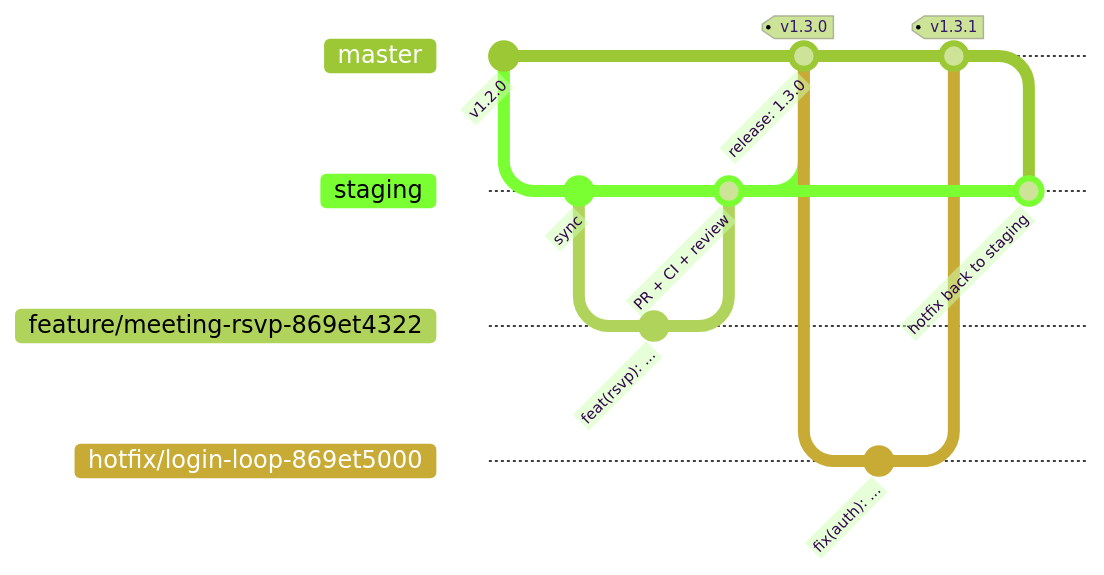
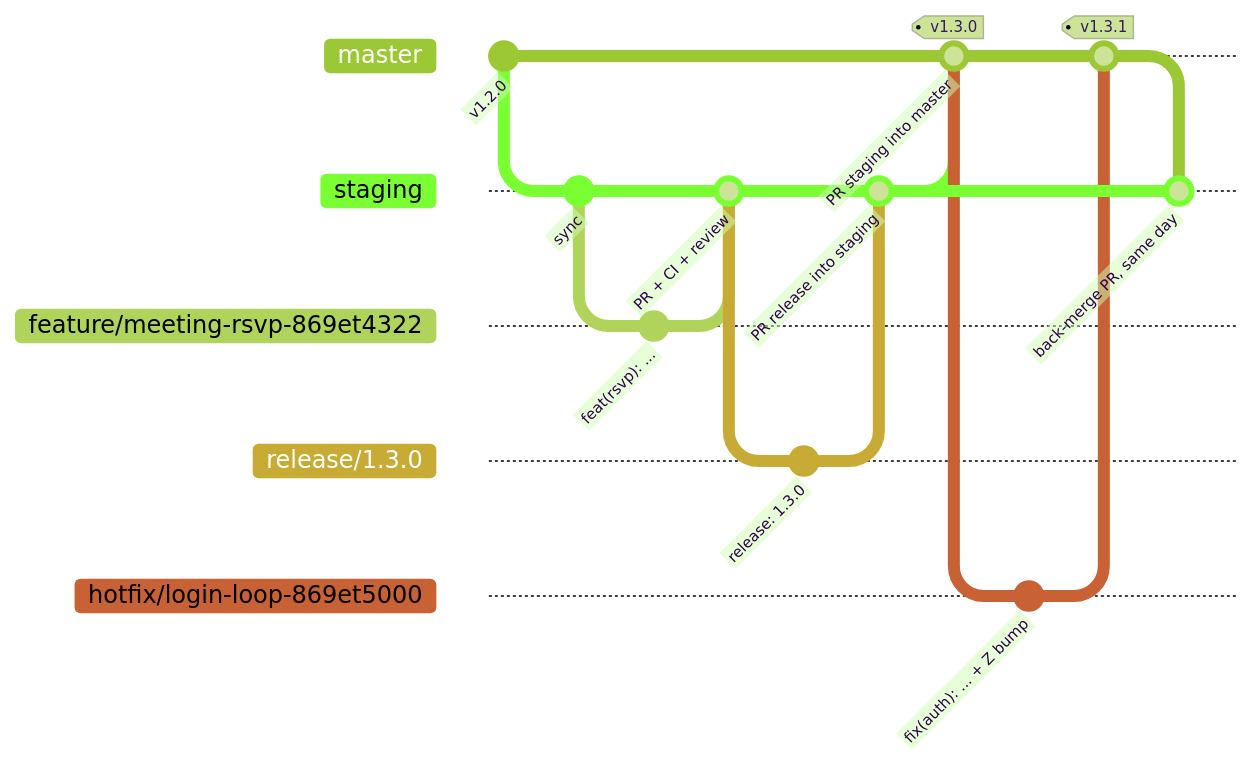
One commit to Improve-To-Grow/MUSUBI changed the first of 2 diagrams in src/templates/shared/steering/rules/itg/git-and-code-quality.md. Above: the diagram before and after it, drawn with Mermaid (forest theme). The commit also changed other lines of this file and 57 other files, not shown here.

````diff
--- a/src/templates/shared/steering/rules/itg/git-and-code-quality.md
+++ b/src/templates/shared/steering/rules/itg/git-and-code-quality.md
@@ -19,22 +19,27 @@
 ```mermaid
 %%{init: {'gitGraph': {'mainBranchName': 'master'}}}%%
 gitGraph
     commit id: "v1.2.0"
     branch staging
     checkout staging
     commit id: "sync"
     branch feature/meeting-rsvp-869et4322
     checkout feature/meeting-rsvp-869et4322
     commit id: "feat(rsvp): ..."
     checkout staging
     merge feature/meeting-rsvp-869et4322 id: "PR + CI + review"
+    branch release/1.3.0
+    checkout release/1.3.0
+    commit id: "release: 1.3.0"
+    checkout staging
+    merge release/1.3.0 id: "PR release into staging"
     checkout master
-    merge staging id: "release: 1.3.0" tag: "v1.3.0"
+    merge staging id: "PR staging into master" tag: "v1.3.0"
     branch hotfix/login-loop-869et5000
     checkout hotfix/login-loop-869et5000
-    commit id: "fix(auth): ..."
+    commit id: "fix(auth): ... + Z bump"
     checkout master
     merge hotfix/login-loop-869et5000 tag: "v1.3.1"
     checkout staging
-    merge master id: "hotfix back to staging"
+    merge master id: "back-merge PR, same day"
 ```
````
